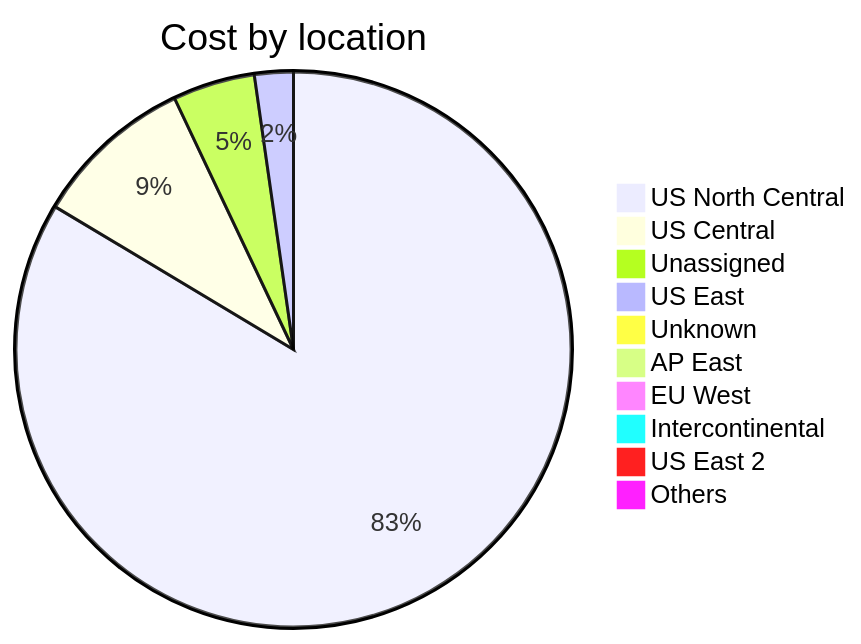
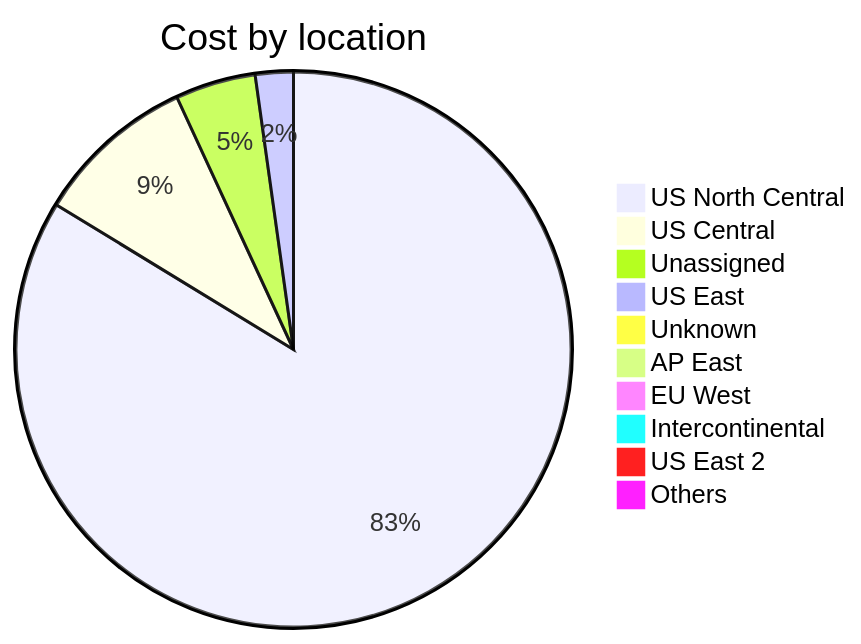
Before and after one commit to jpfulton/azure-personal-reports: the third of 4 diagrams in cost-reports/accumulated-cost.md, drawn with Mermaid. The commit also changed other lines of this file and 4 other files, not shown here.

````diff
--- a/cost-reports/accumulated-cost.md
+++ b/cost-reports/accumulated-cost.md
@@ -132,14 +132,14 @@
 ```mermaid
 pie
    title Cost by location
-   "US North Central" : 207.22
-   "US Central" : 23.23
-   "Unassigned" : 11.85
-   "US East" : 5.60
-   "Unknown" : 1.02
+   "US North Central" : 212.52
+   "US Central" : 23.83
+   "Unassigned" : 11.88
+   "US East" : 5.61
+   "Unknown" : 1.07
    "AP East" : 0.00
    "EU West" : 0.00
    "Intercontinental" : 0.00
    "US East 2" : 0.00
    "Others" : 0.00
 ```
````
